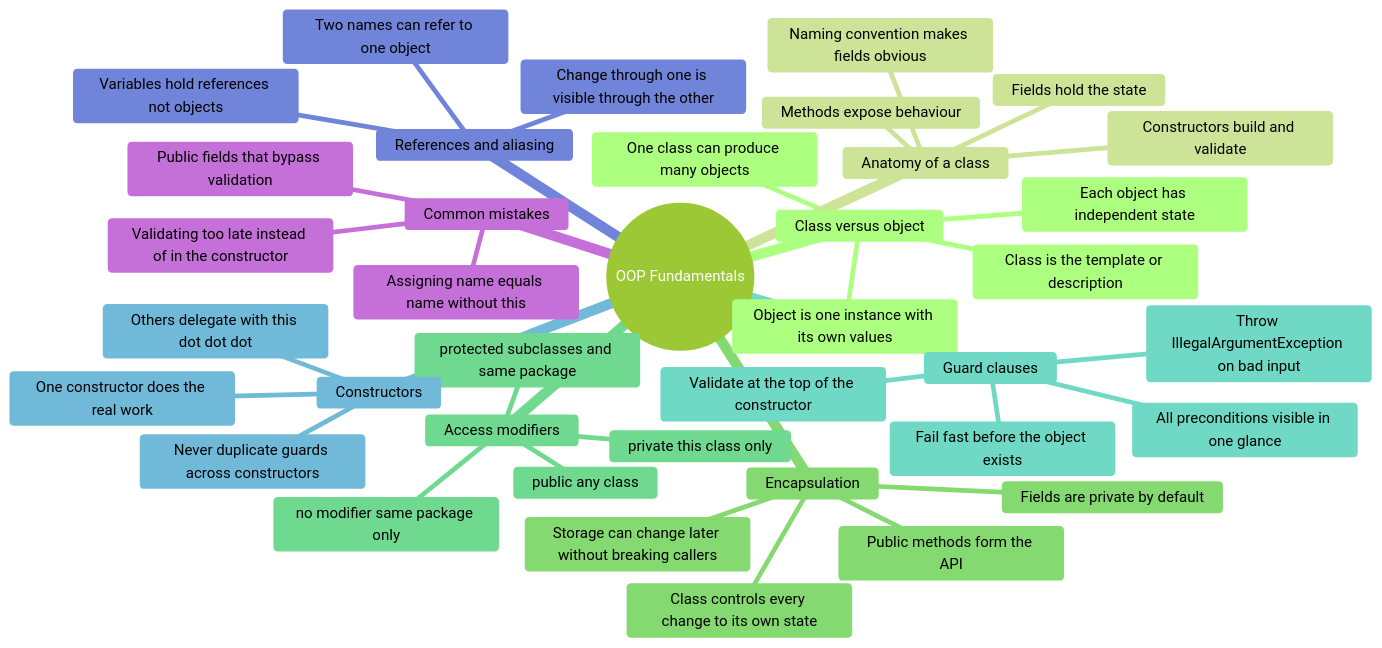
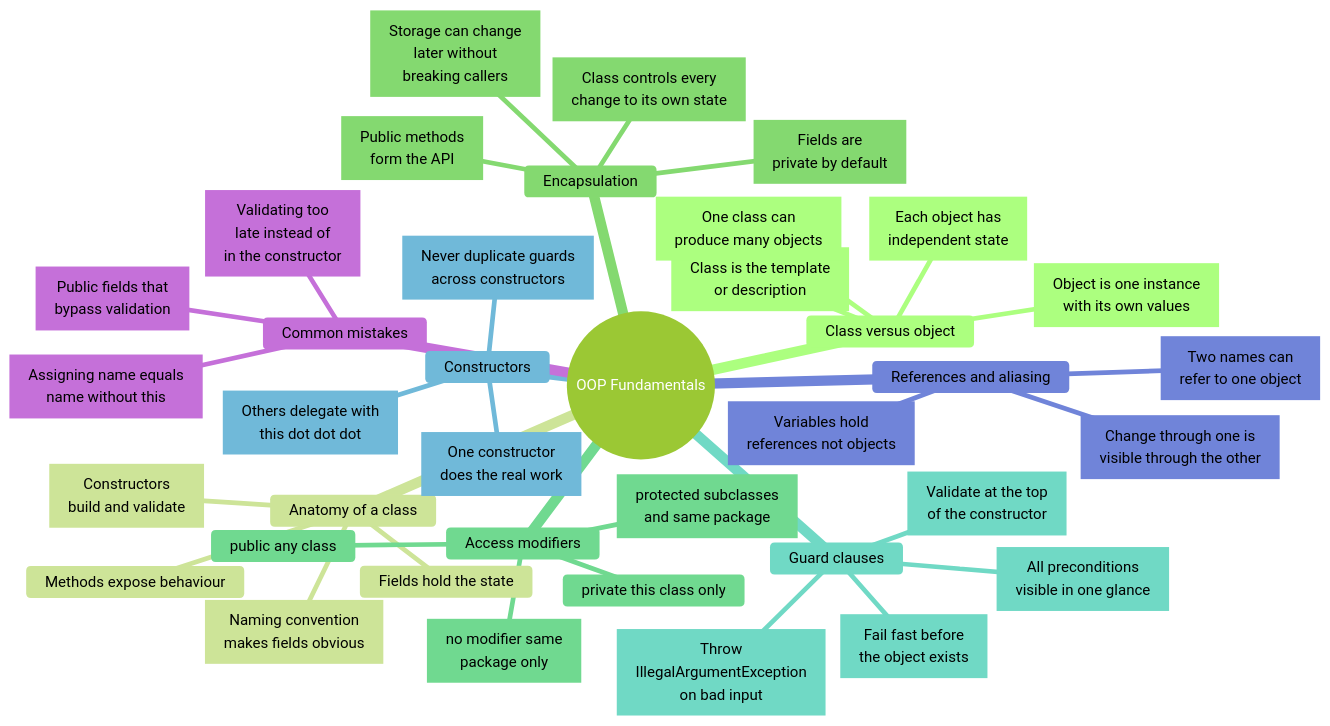
One commit to nmcguinness/L8-OOP-Module-Content changed the first of 10 diagrams in notes/shared/mind maps/revision_t00_t09.md. Above: the diagram before and after it, drawn with Mermaid. The commit also changed other lines of this file and 421 other files, not shown here.

Commit message:
Updated mermaid diagrams and note layout for topics 9-24.

````diff
--- a/notes/shared/mind maps/revision_t00_t09.md
+++ b/notes/shared/mind maps/revision_t00_t09.md
@@ -42,53 +35,81 @@
 ```mermaid
 ---
 title: "OOP Fundamentals"
 accDescr: "Mind map of OOP Fundamentals. Branches: Class versus object; Anatomy of a class; Encapsulation; Access modifiers; Guard clauses; Constructors; References and aliasing; Common mistakes."
 ---
-%%{init: { "theme": "forest" }}%%
+%%{init: { "theme": "forest", "markdownAutoWrap": false, "mindmap": { "maxNodeWidth": 300 } }}%%
 mindmap
   root((OOP Fundamentals))
     Class versus object
-      Class is the template or description
-      Object is one instance with its own values
-      One class can produce many objects
-      Each object has independent state
+      n1["`Class is the template
+      or description`"]
+      n2["`Object is one instance
+      with its own values`"]
+      n3["`One class can
+      produce many objects`"]
+      n4["`Each object has
+      independent state`"]
 
     Anatomy of a class
       Fields hold the state
-      Constructors build and validate
+      n5["`Constructors
+      build and validate`"]
       Methods expose behaviour
-      Naming convention makes fields obvious
+      n6["`Naming convention
+      makes fields obvious`"]
 
     Encapsulation
-      Fields are private by default
-      Public methods form the API
-      Class controls every change to its own state
-      Storage can change later without breaking callers
+      n7["`Fields are
+      private by default`"]
+      n8["`Public methods
+      form the API`"]
+      n9["`Class controls every
+      change to its own state`"]
+      n10["`Storage can change
+      later without
+      breaking callers`"]
 
     Access modifiers
       private this class only
       public any class
-      protected subclasses and same package
-      no modifier same package only
+      n11["`protected subclasses
+      and same package`"]
+      n12["`no modifier same
+      package only`"]
 
     Guard clauses
-      Validate at the top of the constructor
-      Fail fast before the object exists
-      Throw IllegalArgumentException on bad input
-      All preconditions visible in one glance
+      n13["`Validate at the top
+      of the constructor`"]
+      n14["`Fail fast before
+      the object exists`"]
+      n15["`Throw
+      IllegalArgumentException
+      on bad input`"]
+      n16["`All preconditions
+      visible in one glance`"]
 
     Constructors
-      One constructor does the real work
-      Others delegate with this dot dot dot
-      Never duplicate guards across constructors
+      n17["`One constructor
+      does the real work`"]
+      n18["`Others delegate with
+      this dot dot dot`"]
+      n19["`Never duplicate guards
+      across constructors`"]
 
     References and aliasing
-      Variables hold references not objects
-      Two names can refer to one object
-      Change through one is visible through the other
+      n20["`Variables hold
+      references not objects`"]
+      n21["`Two names can
+      refer to one object`"]
+      n22["`Change through one is
+      visible through the other`"]
 
     Common mistakes
-      Public fields that bypass validation
-      Assigning name equals name without this
-      Validating too late instead of in the constructor
+      n23["`Public fields that
+      bypass validation`"]
+      n24["`Assigning name equals
+      name without this`"]
+      n25["`Validating too
+      late instead of
+      in the constructor`"]
 ```
````
